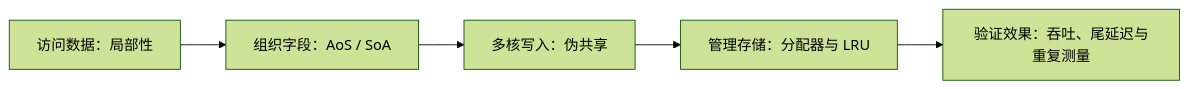
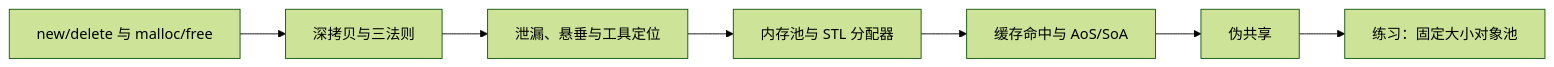
Before and after one commit to yjwyyds1/Summary_of_Notes: the diagram in 八股/学习/学习导航/2026-10-25-学习导航.md, drawn with Mermaid (forest theme). The commit also changed other lines of this file and 172 other files, not shown here.

````diff
--- a/八股/学习/学习导航/2026-10-25-学习导航.md
+++ b/八股/学习/学习导航/2026-10-25-学习导航.md
@@ -15,7 +18,9 @@
 ```mermaid
 flowchart LR
-  A["访问数据：局部性"] --> B["组织字段：AoS / SoA"]
-  B --> C["多核写入：伪共享"]
-  C --> D["管理存储：分配器与 LRU"]
-  D --> E["验证效果：吞吐、尾延迟与重复测量"]
+  A["new/delete 与 malloc/free"] --> B["深拷贝与三法则"]
+  B --> C["泄漏、悬垂与工具定位"]
+  C --> D["内存池与 STL 分配器"]
+  D --> E["缓存命中与 AoS/SoA"]
+  E --> F["伪共享"]
+  F --> G["练习：固定大小对象池"]
 ```
````
